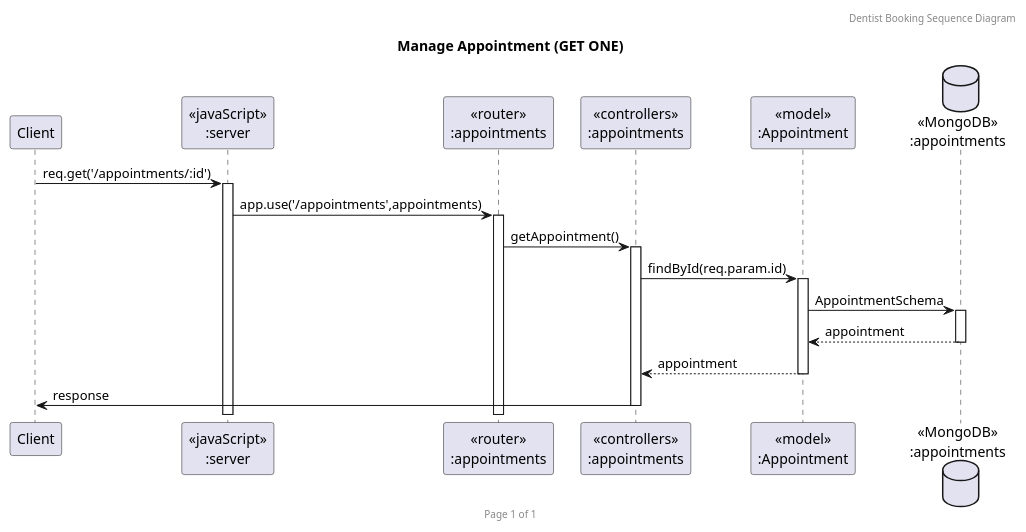
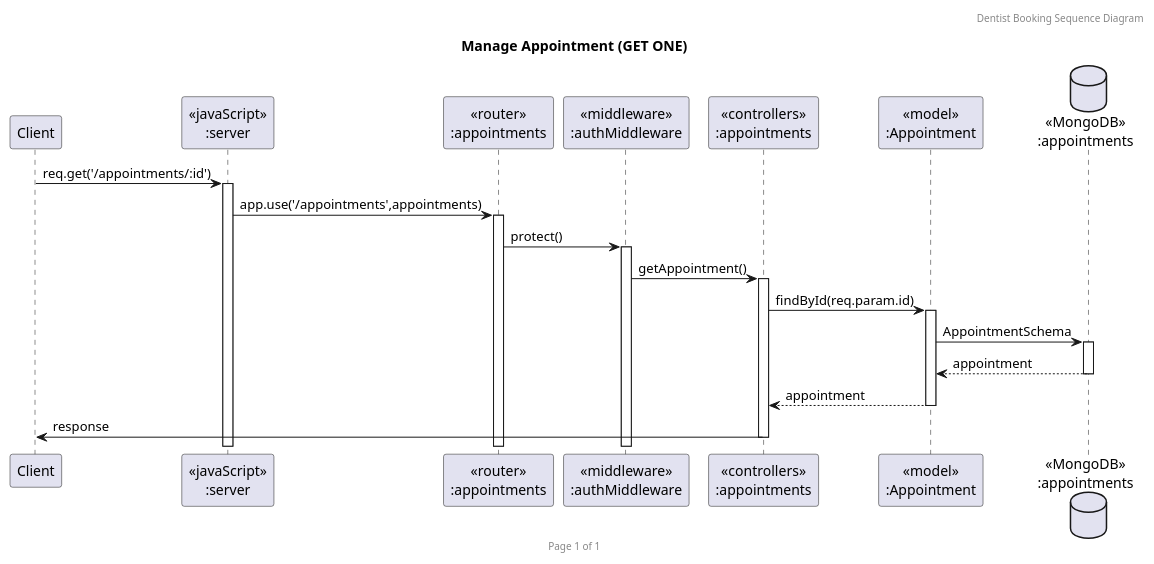
One commit to KoalaMuch/DentistBooking changed the diagram in doc/sequence_diagram/GetAppointment.puml. Above: the diagram before and after it, drawn with PlantUML. The commit also changed 10 other files, not shown here.

Commit message:
add middleware in seq diagram

```diff
--- a/doc/sequence_diagram/GetAppointment.puml
+++ b/doc/sequence_diagram/GetAppointment.puml
@@ -1,23 +1,25 @@
 @startuml Manage Appointment (GET ONE)
 
 header Dentist Booking Sequence Diagram
 footer Page %page% of %lastpage%
 title "Manage Appointment (GET ONE)"
 
 participant "Client" as client
 participant "<<javaScript>>\n:server" as server
 participant "<<router>>\n:appointments" as routerAppointments
+participant "<<middleware>>\n:authMiddleware" as authMiddleware
 participant "<<controllers>>\n:appointments" as controllersAppointments
 participant "<<model>>\n:Appointment" as modelAppointment
 database "<<MongoDB>>\n:appointments" as AppointmentsDatabase
 
 client->server ++:req.get('/appointments/:id')
 server->routerAppointments ++:app.use('/appointments',appointments)
-routerAppointments -> controllersAppointments ++:getAppointment()
+routerAppointments -> authMiddleware ++:protect()
+authMiddleware -> controllersAppointments ++:getAppointment()
 controllersAppointments->modelAppointment ++:findById(req.param.id)
 modelAppointment ->AppointmentsDatabase ++: AppointmentSchema
 AppointmentsDatabase --> modelAppointment --: appointment
 controllersAppointments <-- modelAppointment --:appointment
 controllersAppointments->client --:response
 
 @enduml
```
